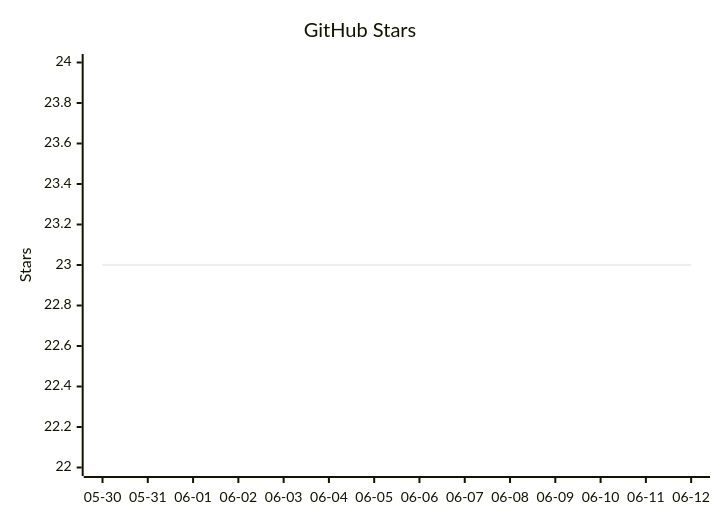
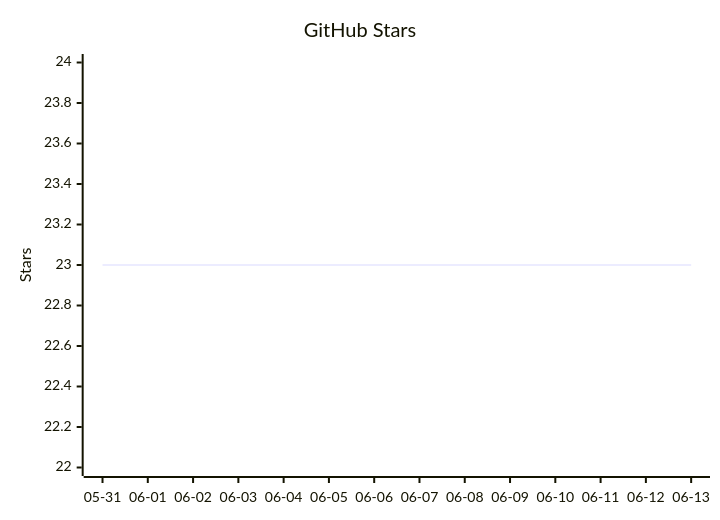
The diagram in README.mbt.md (vectie/moonclaw), drawn with Mermaid before and after one commit. The commit also changed other lines of this file and 1 other file, not shown here.

Commit message:
Update README star growth

````diff
--- a/README.mbt.md
+++ b/README.mbt.md
@@ -490,7 +490,7 @@
 ```mermaid
 xychart-beta
     title "GitHub Stars"
-    x-axis ["05-30","05-31","06-01","06-02","06-03","06-04","06-05","06-06","06-07","06-08","06-09","06-10","06-11","06-12"]
+    x-axis ["05-31","06-01","06-02","06-03","06-04","06-05","06-06","06-07","06-08","06-09","06-10","06-11","06-12","06-13"]
     y-axis "Stars" 22 --> 24
     line [23,23,23,23,23,23,23,23,23,23,23,23,23,23]
 ```
````
